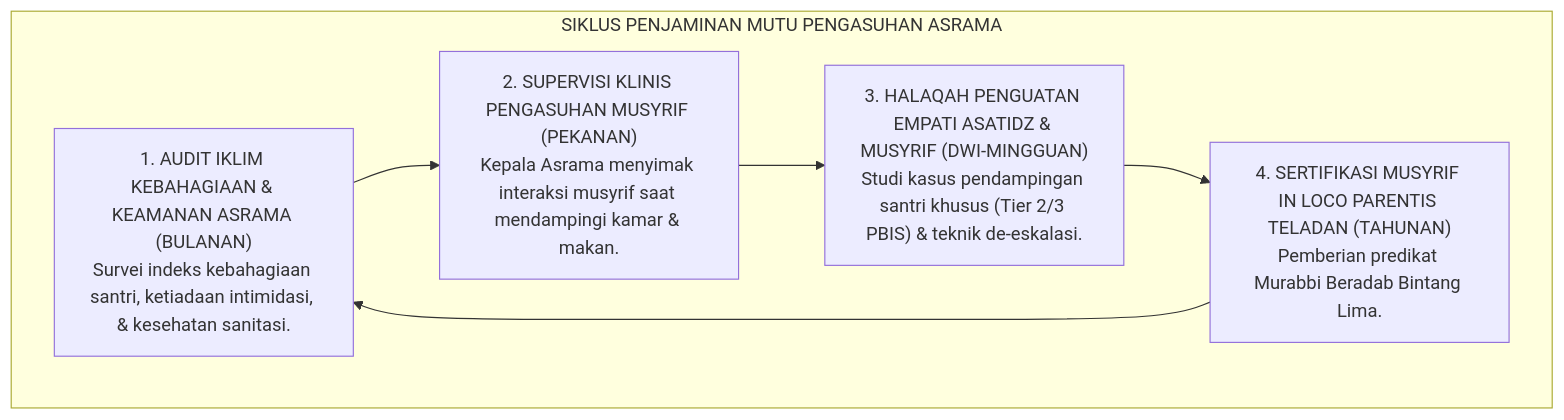
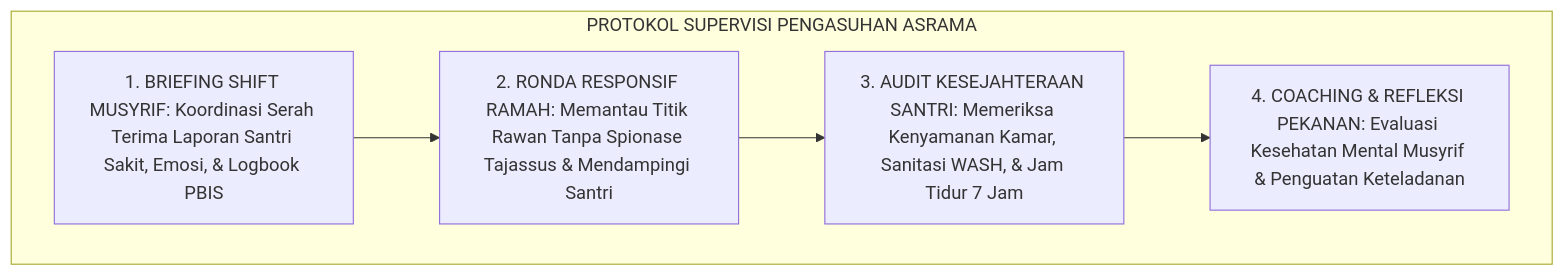
The third of 3 diagrams in 02 Principles/04 Development Principles/P2-04-07-Sintesis-Development-Principles-TUMBUH.md (wandiapriliyandi/tumbuh), drawn with Mermaid before and after one commit. The commit also changed other lines of this file and 7 other files, not shown here.

````diff
--- a/02 Principles/04 Development Principles/P2-04-07-Sintesis-Development-Principles-TUMBUH.md
+++ b/02 Principles/04 Development Principles/P2-04-07-Sintesis-Development-Principles-TUMBUH.md
@@ -181,14 +163,9 @@
 ```mermaid
 flowchart TD
-    subgraph SiklusSupervisiPengasuhanTUMBUH["SIKLUS PENJAMINAN MUTU PENGASUHAN ASRAMA"]
-        AuditKamar["1. AUDIT IKLIM KEBAHAGIAAN & KEAMANAN ASRAMA (BULANAN)<br/>Survei indeks kebahagiaan santri, ketiadaan intimidasi, & kesehatan sanitasi."]
-        
-        SupervisiMusyrif["2. SUPERVISI KLINIS PENGASUHAN MUSYRIF (PEKANAN)<br/>Kepala Asrama menyimak interaksi musyrif saat mendampingi kamar & makan."]
-        
-        HalaqahKonseling["3. HALAQAH PENGUATAN EMPATI ASATIDZ & MUSYRIF (DWI-MINGGUAN)<br/>Studi kasus pendampingan santri khusus (Tier 2/3 PBIS) & teknik de-eskalasi."]
-        
-        SertifikasiMusyrif["4. SERTIFIKASI MUSYRIF IN LOCO PARENTIS TELADAN (TAHUNAN)<br/>Pemberian predikat Murabbi Beradab Bintang Lima."]
-        
-        AuditKamar --> SupervisiMusyrif --> HalaqahKonseling --> SertifikasiMusyrif --> AuditKamar
+    subgraph ProtokolSupervisiAsrama["PROTOKOL SUPERVISI PENGASUHAN ASRAMA"]
+        BriefingHarian["1. BRIEFING SHIFT MUSYRIF: Koordinasi Serah Terima Laporan Santri Sakit, Emosi, & Logbook PBIS"]
+        --> ObservasiRonda["2. RONDA RESPONSIF RAMAH: Memantau Titik Rawan Tanpa Spionase Tajassus & Mendampingi Santri"]
+        --> AuditKesejahteraan["3. AUDIT KESEJAHTERAAN SANTRI: Memeriksa Kenyamanan Kamar, Sanitasi WASH, & Jam Tidur 7 Jam"]
+        --> RefleksiQudwah["4. COACHING & REFLEKSI PEKANAN: Evaluasi Kesehatan Mental Musyrif & Penguatan Keteladanan"]
     end
 ```
````
